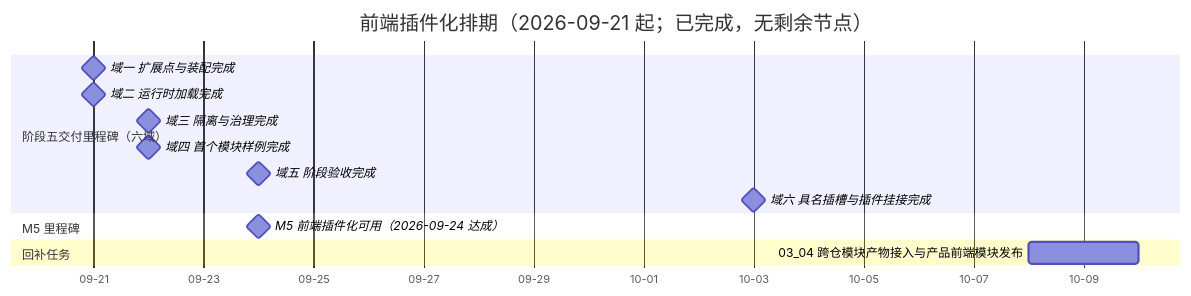
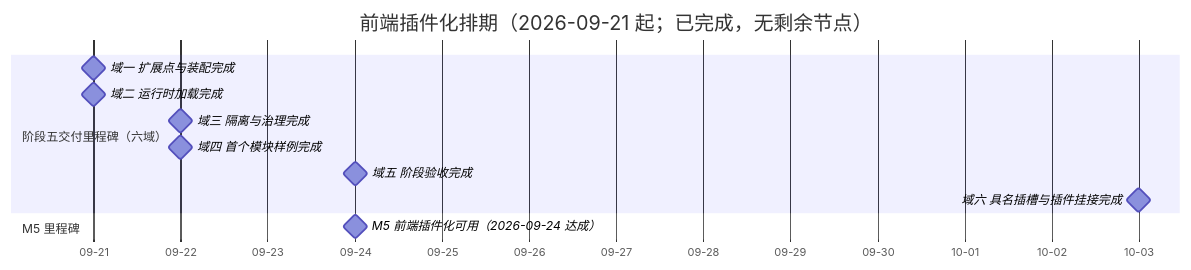
Before and after one commit to minjian123/basic-management-system: the diagram in bms文档/项目/05_前端插件化/计划/01_计划_前端插件化.md, drawn with Mermaid. The commit also changed other lines of this file and 8 other files, not shown here.

````diff
--- a/bms文档/项目/05_前端插件化/计划/01_计划_前端插件化.md
+++ b/bms文档/项目/05_前端插件化/计划/01_计划_前端插件化.md
@@ -43,17 +43,15 @@
 ```mermaid
 gantt
     title 前端插件化排期（2026-09-21 起；已完成，无剩余节点）
     dateFormat  YYYY-MM-DD
     axisFormat %m-%d
     section 阶段五交付里程碑（六域）
     域一 扩展点与装配完成 :milestone, m01, 2026-09-21, 0d
     域二 运行时加载完成 :milestone, m02, 2026-09-21, 0d
     域三 隔离与治理完成 :milestone, m03, 2026-09-22, 0d
     域四 首个模块样例完成 :milestone, m04, 2026-09-22, 0d
     域五 阶段验收完成 :milestone, m05, 2026-09-24, 0d
     域六 具名插槽与插件挂接完成 :milestone, m06, 2026-10-03, 0d
     section M5 里程碑
     M5 前端插件化可用（2026-09-24 达成） :milestone, mm5, 2026-09-24, 0d
-    section 回补任务
-    03_04 跨仓模块产物接入与产品前端模块发布 :m0304, 2026-10-08, 2d
 ```
````
